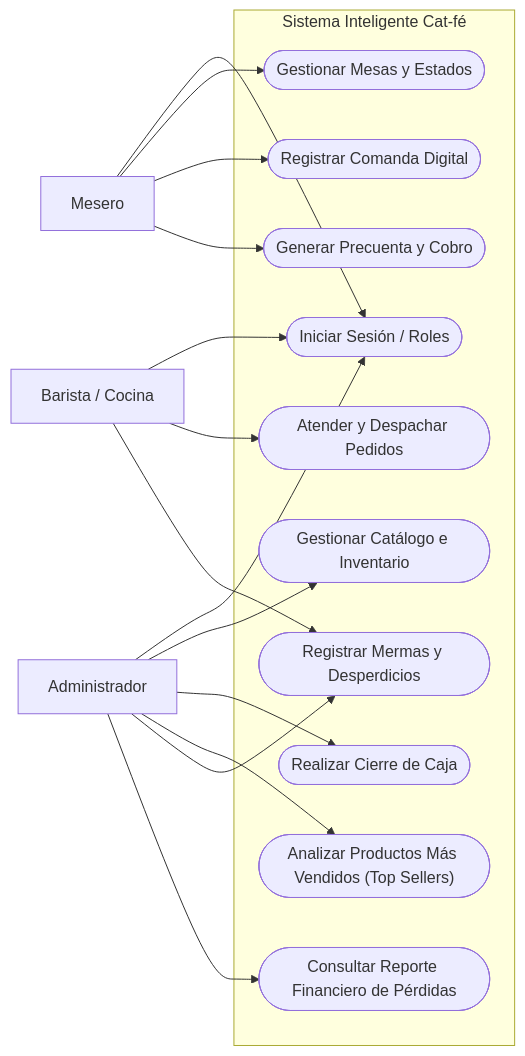
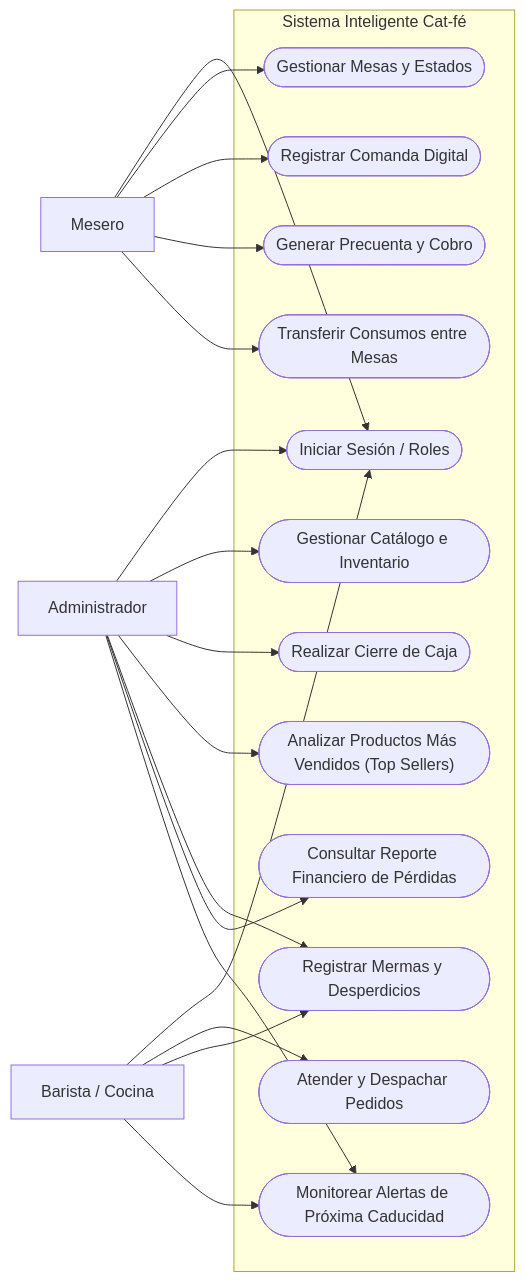
Before and after one commit to brayansantiagocuta-eng/Cafeteria-Inteligente-Cat-fe: the diagram in docs/requisitos.md, drawn with Mermaid. The commit also changed other lines of this file, not shown here.

````diff
--- a/docs/requisitos.md
+++ b/docs/requisitos.md
@@ -132,35 +140,40 @@
 ```mermaid
 flowchart LR
     Admin["Administrador"]
     Mesero["Mesero"]
     Barista["Barista / Cocina"]
 
     subgraph CatFe ["Sistema Inteligente Cat-fé"]
         UC1(["Iniciar Sesión / Roles"])
         UC2(["Gestionar Catálogo e Inventario"])
         UC3(["Gestionar Mesas y Estados"])
         UC4(["Registrar Comanda Digital"])
         UC5(["Atender y Despachar Pedidos"])
         UC6(["Generar Precuenta y Cobro"])
         UC7(["Realizar Cierre de Caja"])
         UC8(["Analizar Productos Más Vendidos (Top Sellers)"])
         UC9(["Registrar Mermas y Desperdicios"])
         UC10(["Consultar Reporte Financiero de Pérdidas"])
+        UC11(["Transferir Consumos entre Mesas"])
+        UC12(["Monitorear Alertas de Próxima Caducidad"])
     end
 
     Admin --> UC1
     Admin --> UC2
     Admin --> UC7
     Admin --> UC8
     Admin --> UC9
     Admin --> UC10
+    Admin --> UC12
 
     Mesero --> UC1
     Mesero --> UC3
     Mesero --> UC4
     Mesero --> UC6
+    Mesero --> UC11
 
     Barista --> UC1
     Barista --> UC5
     Barista --> UC9
+    Barista --> UC12
 ```
````
